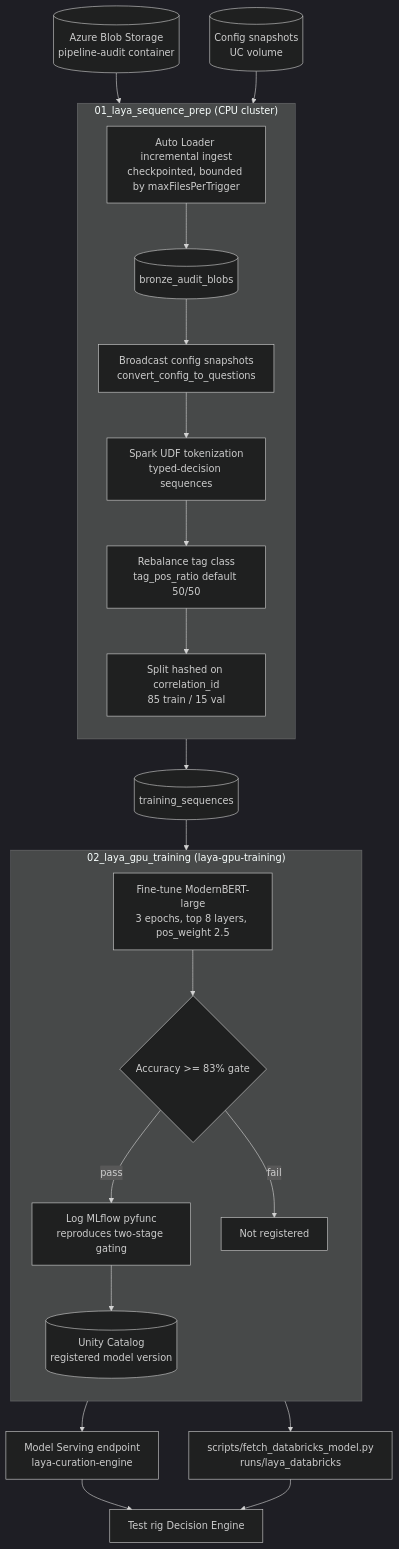
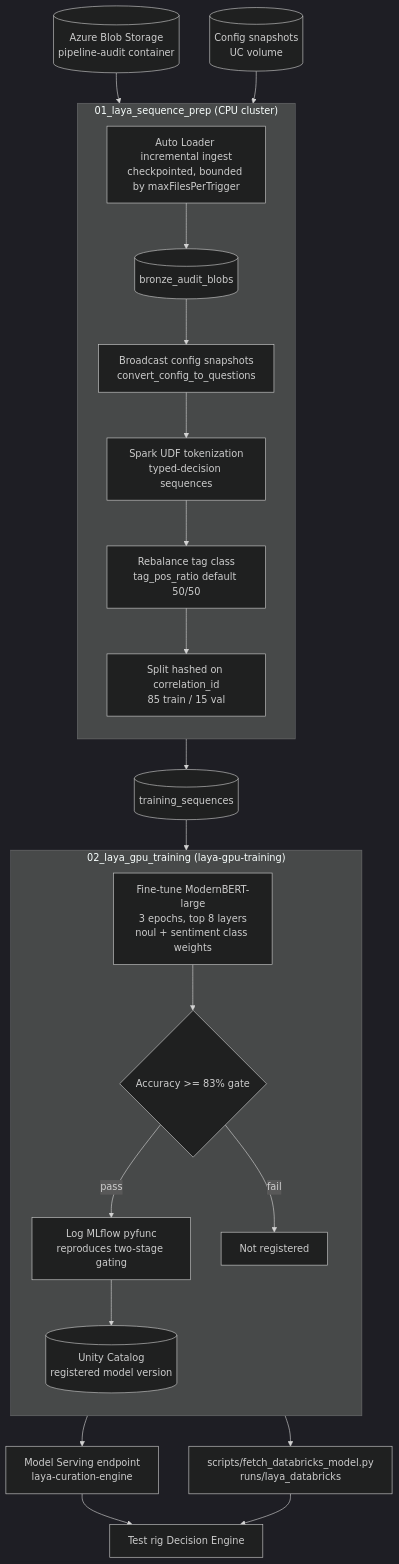
Before and after one commit to TonyP-MR/jev-curation-engine: the second of 3 diagrams in README.md, drawn with Mermaid (dark theme). The commit also changed other lines of this file and 10 other files, not shown here.

````diff
--- a/README.md
+++ b/README.md
@@ -263,36 +263,36 @@
 ```mermaid
 flowchart TD
     BLOB[(Azure Blob Storage<br/>pipeline-audit container)]
     CFG[(Config snapshots<br/>UC volume)]
 
     subgraph NB1["01_laya_sequence_prep (CPU cluster)"]
         direction TB
         AL[Auto Loader incremental ingest<br/>checkpointed, bounded by maxFilesPerTrigger]
         BRONZE[(bronze_audit_blobs)]
         BC[Broadcast config snapshots<br/>convert_config_to_questions]
         TOK[Spark UDF tokenization<br/>typed-decision sequences]
         BAL[Rebalance tag class<br/>tag_pos_ratio default 50/50]
         SPLIT[Split hashed on correlation_id<br/>85 train / 15 val]
         AL --> BRONZE --> BC --> TOK --> BAL --> SPLIT
     end
 
     subgraph NB2["02_laya_gpu_training (laya-gpu-training)"]
         direction TB
-        FT[Fine-tune ModernBERT-large<br/>3 epochs, top 8 layers, pos_weight 2.5]
+        FT[Fine-tune ModernBERT-large<br/>3 epochs, top 8 layers<br/>noul + sentiment class weights]
         EVAL{"Accuracy >= 83% gate"}
         PYF[Log MLflow pyfunc<br/>reproduces two-stage gating]
         UC[(Unity Catalog<br/>registered model version)]
         FT --> EVAL
         EVAL -->|pass| PYF --> UC
         EVAL -->|fail| STOP[Not registered]
     end
 
     BLOB --> AL
     CFG --> BC
     SPLIT --> GOLD[(training_sequences)]
     GOLD --> FT
     UC --> SERVE[Model Serving endpoint<br/>laya-curation-engine]
     UC --> PULL[scripts/fetch_databricks_model.py<br/>runs/laya_databricks]
     SERVE --> RIG[Test rig Decision Engine]
     PULL --> RIG
 ```
````
